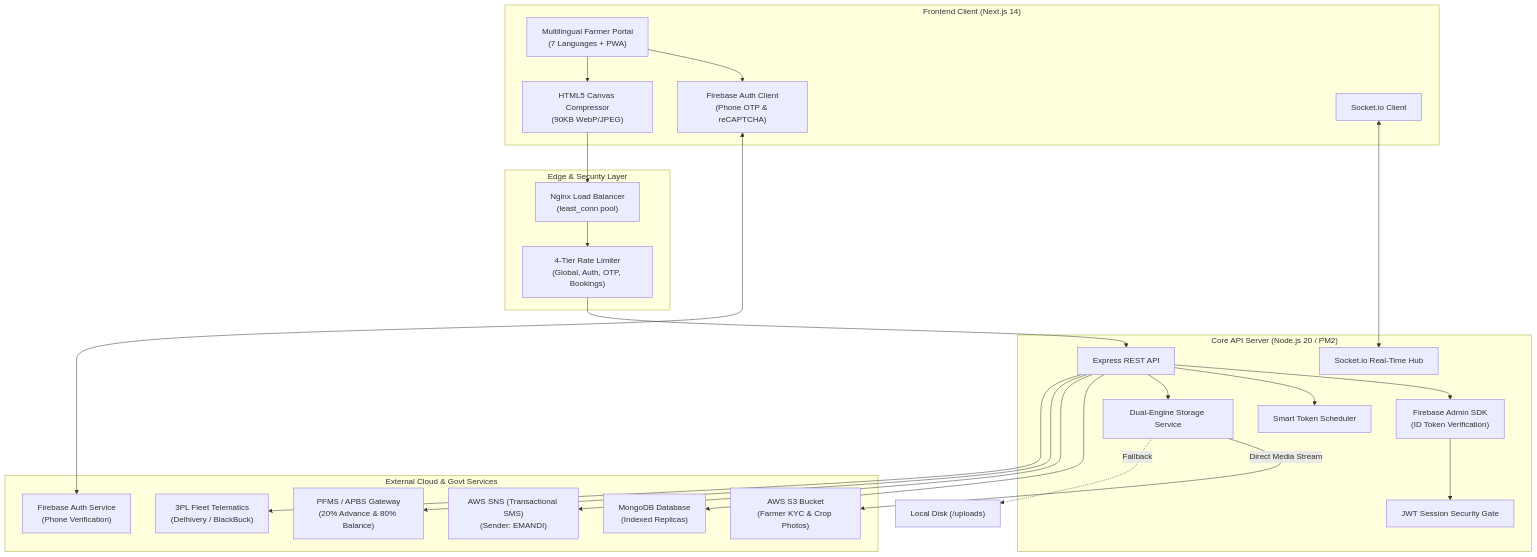
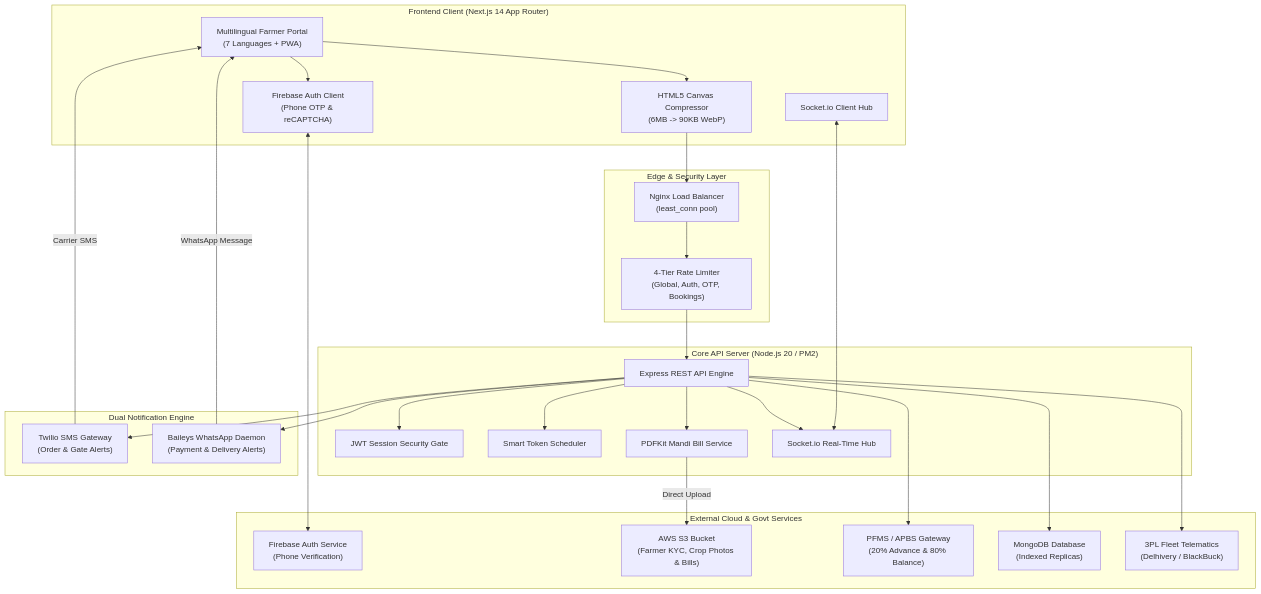
Before and after one commit to subhobhai943/SIH2026-PS26032: the diagram in README.md, drawn with Mermaid. The commit also changed other lines of this file and 1 other file, not shown here.

Commit message:
docs: update README and create comprehensive architecture specification structure.md

````diff
--- a/README.md
+++ b/README.md
@@ -49,49 +60,54 @@
 ```mermaid
 flowchart TD
-    subgraph Client["Frontend Client (Next.js 14)"]
+    subgraph Client["Frontend Client (Next.js 14 App Router)"]
         UI["Multilingual Farmer Portal\n(7 Languages + PWA)"]
         FirebaseAuthClient["Firebase Auth Client\n(Phone OTP & reCAPTCHA)"]
-        Compressor["HTML5 Canvas Compressor\n(90KB WebP/JPEG)"]
-        SocketClient["Socket.io Client"]
+        Compressor["HTML5 Canvas Compressor\n(6MB -> 90KB WebP)"]
+        SocketClient["Socket.io Client Hub"]
     end
 
     subgraph CDN["Edge & Security Layer"]
         NginxProxy["Nginx Load Balancer\n(least_conn pool)"]
         RateLimit["4-Tier Rate Limiter\n(Global, Auth, OTP, Bookings)"]
     end
 
     subgraph Backend["Core API Server (Node.js 20 / PM2)"]
-        API["Express REST API"]
-        FirebaseAuthServer["Firebase Admin SDK\n(ID Token Verification)"]
+        API["Express REST API Engine"]
         AuthService["JWT Session Security Gate"]
-        UploadService["Dual-Engine Storage Service"]
         QueueEngine["Smart Token Scheduler"]
+        PDFGen["PDFKit Mandi Bill Service"]
         SocketServer["Socket.io Real-Time Hub"]
+    end
+
+    subgraph Comms["Dual Notification Engine"]
+        TwilioSMS["Twilio SMS Gateway\n(Order & Gate Alerts)"]
+        WABot["Baileys WhatsApp Daemon\n(Payment & Delivery Alerts)"]
     end
 
     subgraph Cloud["External Cloud & Govt Services"]
         FirebaseAuthService["Firebase Auth Service\n(Phone Verification)"]
-        AWSSNS["AWS SNS (Transactional SMS)\n(Sender: EMANDI)"]
-        S3["AWS S3 Bucket\n(Farmer KYC & Crop Photos)"]
+        S3["AWS S3 Bucket\n(Farmer KYC, Crop Photos & Bills)"]
         PFMS["PFMS / APBS Gateway\n(20% Advance & 80% Balance)"]
         Mongo["MongoDB Database\n(Indexed Replicas)"]
         Logistics["3PL Fleet Telematics\n(Delhivery / BlackBuck)"]
     end
 
     UI --> FirebaseAuthClient
     FirebaseAuthClient <--> FirebaseAuthService
     UI --> Compressor
     Compressor --> NginxProxy
     SocketClient <--> SocketServer
     NginxProxy --> RateLimit --> API
-    API --> FirebaseAuthServer
-    FirebaseAuthServer --> AuthService
+    API --> AuthService
     API --> QueueEngine
-    API --> UploadService
-    UploadService -->|Direct Media Stream| S3
-    UploadService -.->|Fallback| LocalDisk["Local Disk (/uploads)"]
+    API --> PDFGen
+    API --> SocketServer
+    API --> TwilioSMS
+    API --> WABot
+    TwilioSMS -->|Carrier SMS| UI
+    WABot -->|WhatsApp Message| UI
+    PDFGen -->|Direct Upload| S3
     API --> Mongo
-    API --> AWSSNS
     API --> PFMS
     API --> Logistics
 ```
````
